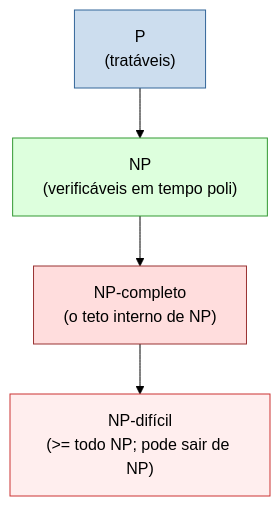
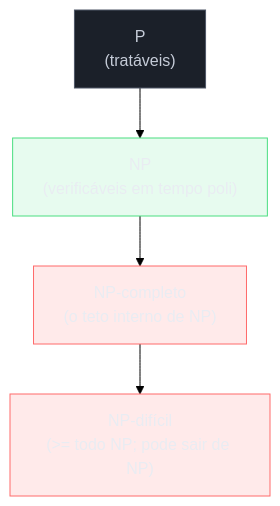
Before and after one commit to josenaldo/codex-technomanticus: the first of 4 diagrams in 03-Dominios/Ciência/Teoria da Computação/15 - NP-completude - Cook-Levin e a cadeia de Karp.md, drawn with Mermaid (forest theme). The commit also changed other lines of this file and 1181 other files, not shown here.

First line of the commit message:
fix(diagramas): paleta do sistema no lugar de cor cravada no markdown

````diff
--- a/03-Dominios/Ciência/Teoria da Computação/15 - NP-completude - Cook-Levin e a cadeia de Karp.md
+++ b/03-Dominios/Ciência/Teoria da Computação/15 - NP-completude - Cook-Levin e a cadeia de Karp.md
@@ -80,16 +80,19 @@
 ```mermaid
 flowchart TB
+    classDef neutro fill:#1B2029,stroke:#4E5666,color:#C6CCD8
+    classDef ok fill:#4ADE8021,stroke:#4ADE80,color:#E9ECF2
+    classDef falha fill:#FF6B6B24,stroke:#FF6B6B,color:#E9ECF2
     P["P<br/>(tratáveis)"]
     NP["NP<br/>(verificáveis em tempo poli)"]
     NPC["NP-completo<br/>(o teto interno de NP)"]
     NPH["NP-difícil<br/>(>= todo NP; pode sair de NP)"]
 
     P --> NP
     NP --> NPC
     NPC --> NPH
 
-    style P fill:#cde,stroke:#369
-    style NP fill:#dfd,stroke:#393
-    style NPC fill:#fdd,stroke:#933
-    style NPH fill:#fee,stroke:#c33
+    class P neutro
+    class NP ok
+    class NPC falha
+    class NPH falha
 ```
````
